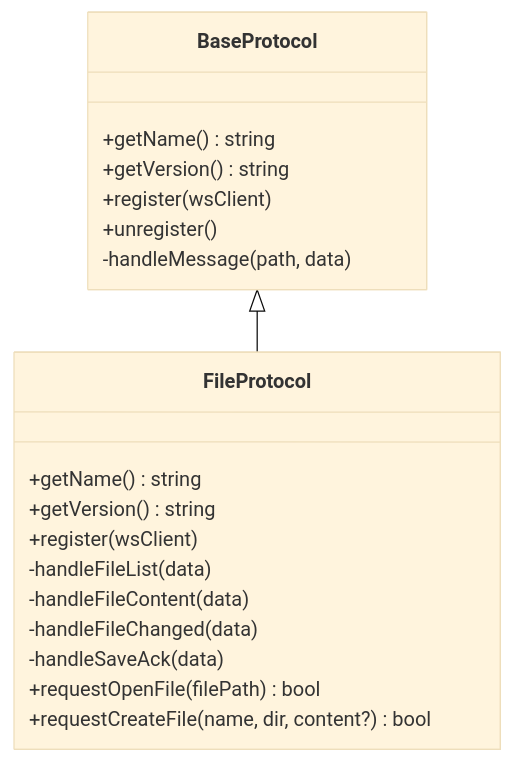
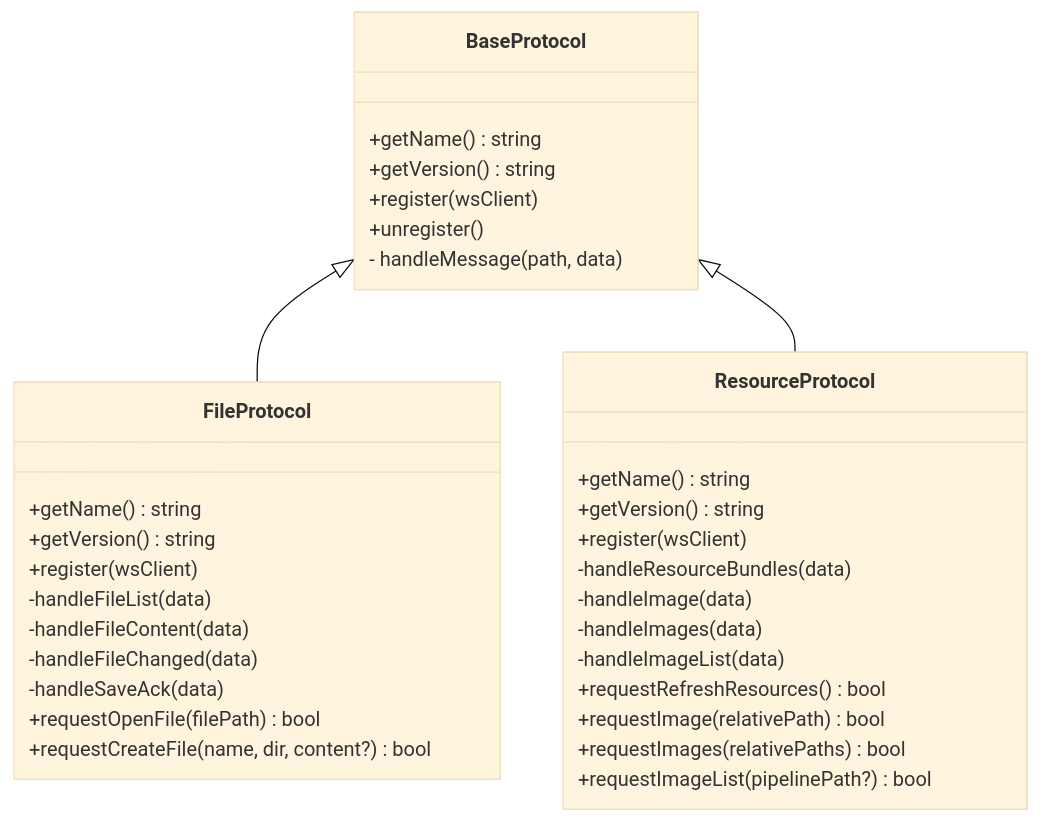
Before and after one commit to kqcoxn/MaaPipelineEditor: the fourth of 6 diagrams in .qoder/repowiki/zh/content/开发者指南/WebSocket 状态管理.md, drawn with Mermaid (base theme). The commit also changed other lines of this file and 10 other files, not shown here.

````diff
--- a/.qoder/repowiki/zh/content/开发者指南/WebSocket 状态管理.md
+++ b/.qoder/repowiki/zh/content/开发者指南/WebSocket 状态管理.md
@@ -199,22 +227,36 @@
 ```mermaid
 classDiagram
 class BaseProtocol {
 +getName() string
 +getVersion() string
 +register(wsClient)
 +unregister()
--handleMessage(path, data)
+- handleMessage(path, data)
 }
 class FileProtocol {
 +getName() string
 +getVersion() string
 +register(wsClient)
 -handleFileList(data)
 -handleFileContent(data)
 -handleFileChanged(data)
 -handleSaveAck(data)
 +requestOpenFile(filePath) bool
 +requestCreateFile(name, dir, content?) bool
 }
+class ResourceProtocol {
++getName() string
++getVersion() string
++register(wsClient)
+-handleResourceBundles(data)
+-handleImage(data)
+-handleImages(data)
+-handleImageList(data)
++requestRefreshResources() bool
++requestImage(relativePath) bool
++requestImages(relativePaths) bool
++requestImageList(pipelinePath?) bool
+}
 BaseProtocol <|-- FileProtocol
+BaseProtocol <|-- ResourceProtocol
 ```
````
